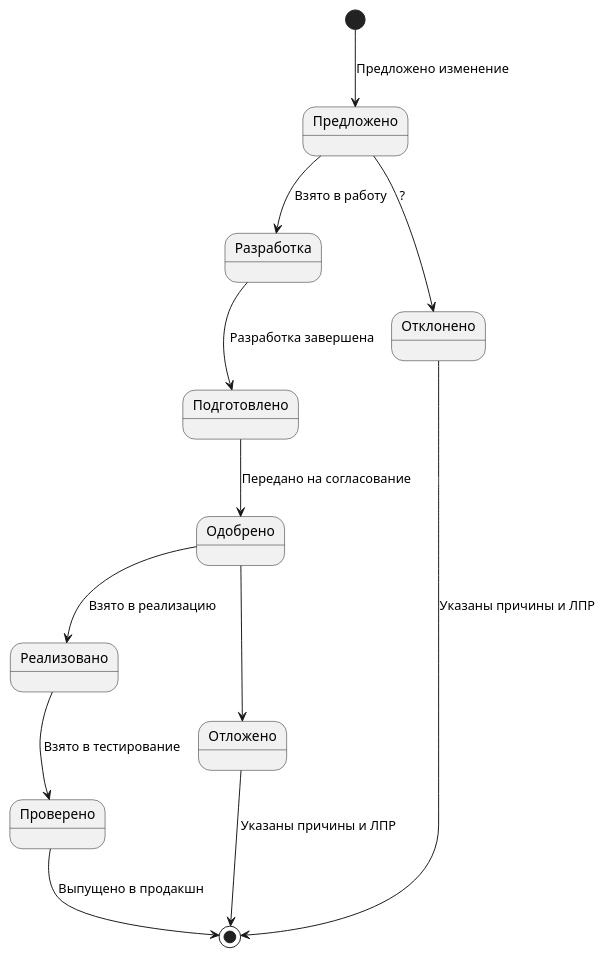
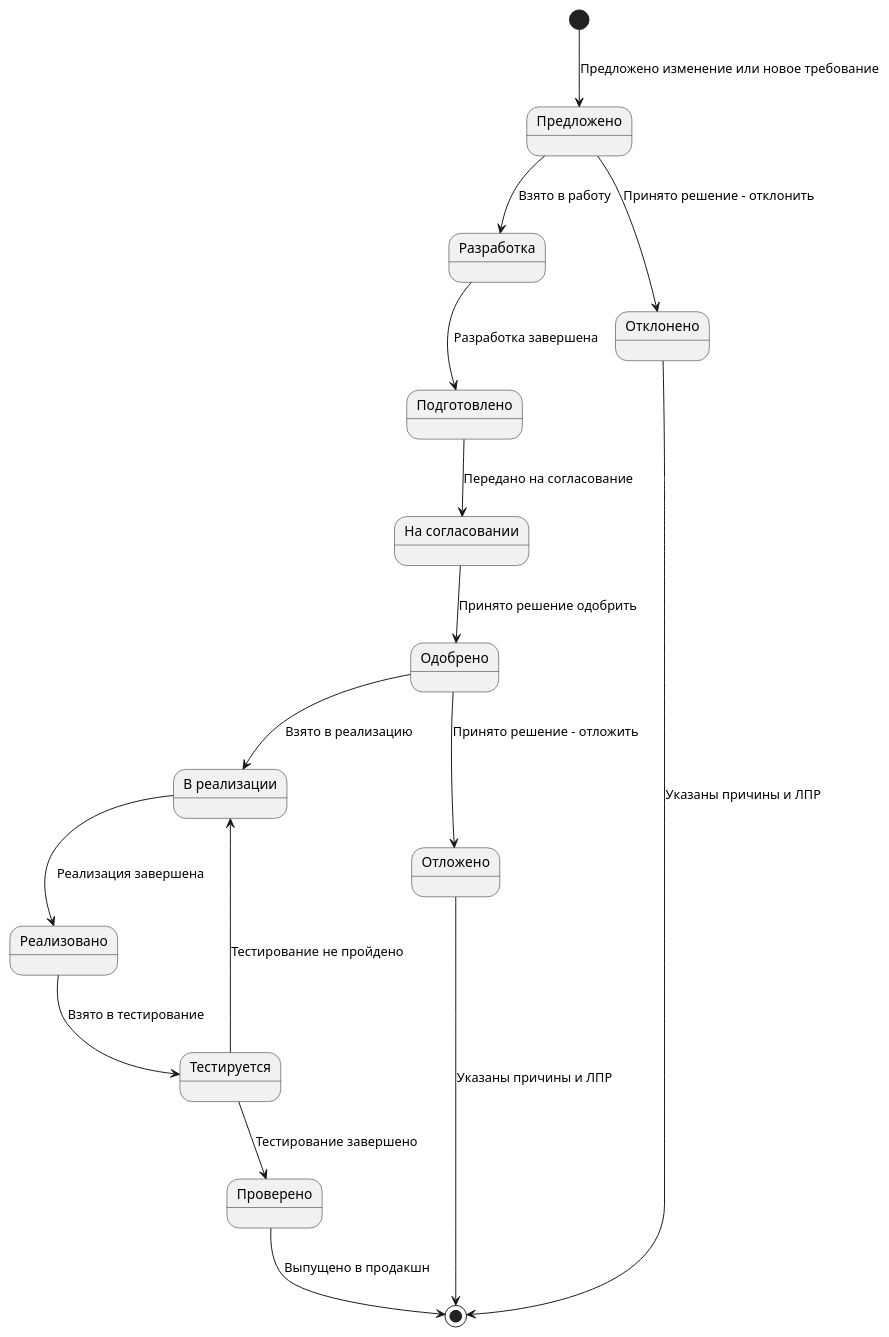
The diagram in Notes/Notes/Системная аналитика/Курсы от нетологии/Раздел 3. Анализ требований/Домашнее задание по согласованию и управлению изменениями требований.md (PopkovAYu/Notes), drawn with PlantUML before and after one commit.

Commit message:
vault backup: 2024-04-24 17:05:45
Affected files:
Notes/Notes/Системная аналитика/Курсы от нетологии/Раздел 3. Анализ требований/Домашнее задание по согласованию и управлению изменениями требований.md

````diff
--- a/Notes/Notes/Системная аналитика/Курсы от нетологии/Раздел 3. Анализ требований/Домашнее задание по согласованию и управлению изменениями требований.md
+++ b/Notes/Notes/Системная аналитика/Курсы от нетологии/Раздел 3. Анализ требований/Домашнее задание по согласованию и управлению изменениями требований.md
@@ -36,15 +36,22 @@
 ```plantuml
 @startuml
-[*] --> Предложено : Предложено изменение
+state "На согласовании" as on_approve
+state "В реализации" as on_release
+
+[*] --> Предложено : Предложено изменение или новое требование
 Предложено --> Разработка : Взято в работу
-Предложено --> Отклонено : ?
+Предложено --> Отклонено : Принято решение - отклонить
 Отклонено --> [*] : Указаны причины и ЛПР
 Разработка --> Подготовлено : Разработка завершена
-Подготовлено --> Одобрено : Передано на согласование
-Одобрено --> Реализовано : Взято в реализацию
-Одобрено --> Отложено
+Подготовлено --> on_approve : Передано на согласование
+on_approve --> Одобрено : Принято решение одобрить
+Одобрено --> on_release : Взято в реализацию
+on_release --> Реализовано : Реализация завершена
+Одобрено --> Отложено : Принято решение - отложить
 Отложено --> [*] : Указаны причины и ЛПР
-Реализовано --> Проверено : Взято в тестирование
+Реализовано --> Тестируется : Взято в тестирование
+Тестируется --> Проверено : Тестирование завершено
+Тестируется --> on_release : Тестирование не пройдено
 Проверено --> [*] : Выпущено в продакшн
 @enduml
 ```
````
